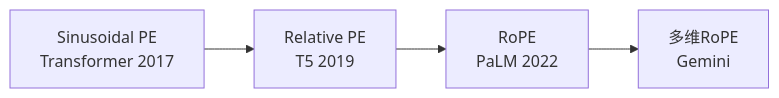
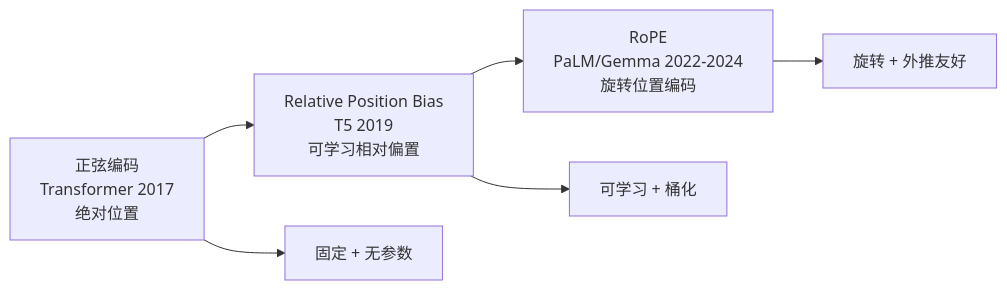
Before and after one commit to kyksj-1/LLM-from-0: the first of 9 diagrams in 02_embedding/advanced.md, drawn with Mermaid. The commit also changed other lines of this file and 4 other files, not shown here.

````diff
--- a/02_embedding/advanced.md
+++ b/02_embedding/advanced.md
@@ -22,6 +22,9 @@
 ```mermaid
 graph LR
-    A[Sinusoidal PE<br/>Transformer 2017] --> B[Relative PE<br/>T5 2019]
-    B --> C[RoPE<br/>PaLM 2022]
-    C --> D[多维RoPE<br/>Gemini]
+    A[正弦编码<br/>Transformer 2017<br/>绝对位置] --> B[Relative Position Bias<br/>T5 2019<br/>可学习相对偏置]
+    B --> C[RoPE<br/>PaLM/Gemma 2022-2024<br/>旋转位置编码]
+
+    A --> A1[固定 + 无参数]
+    B --> B1[可学习 + 桶化]
+    C --> C1[旋转 + 外推友好]
 ```
````
